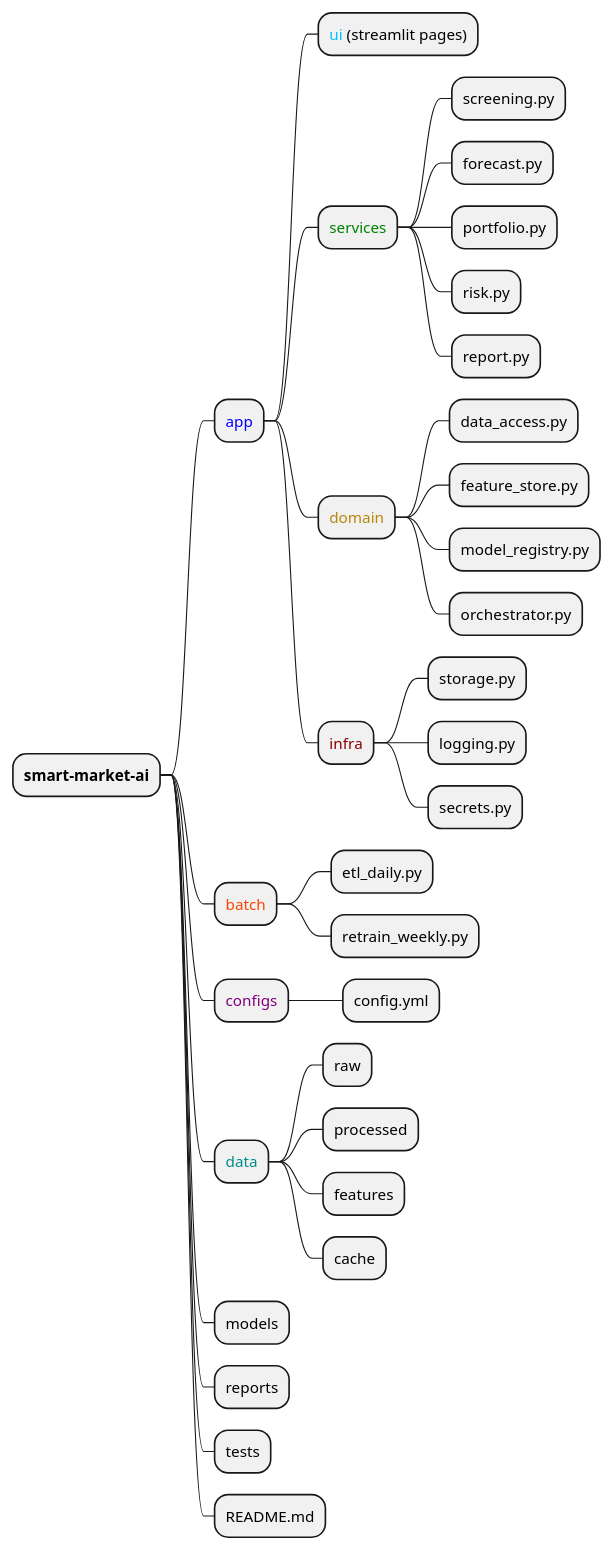
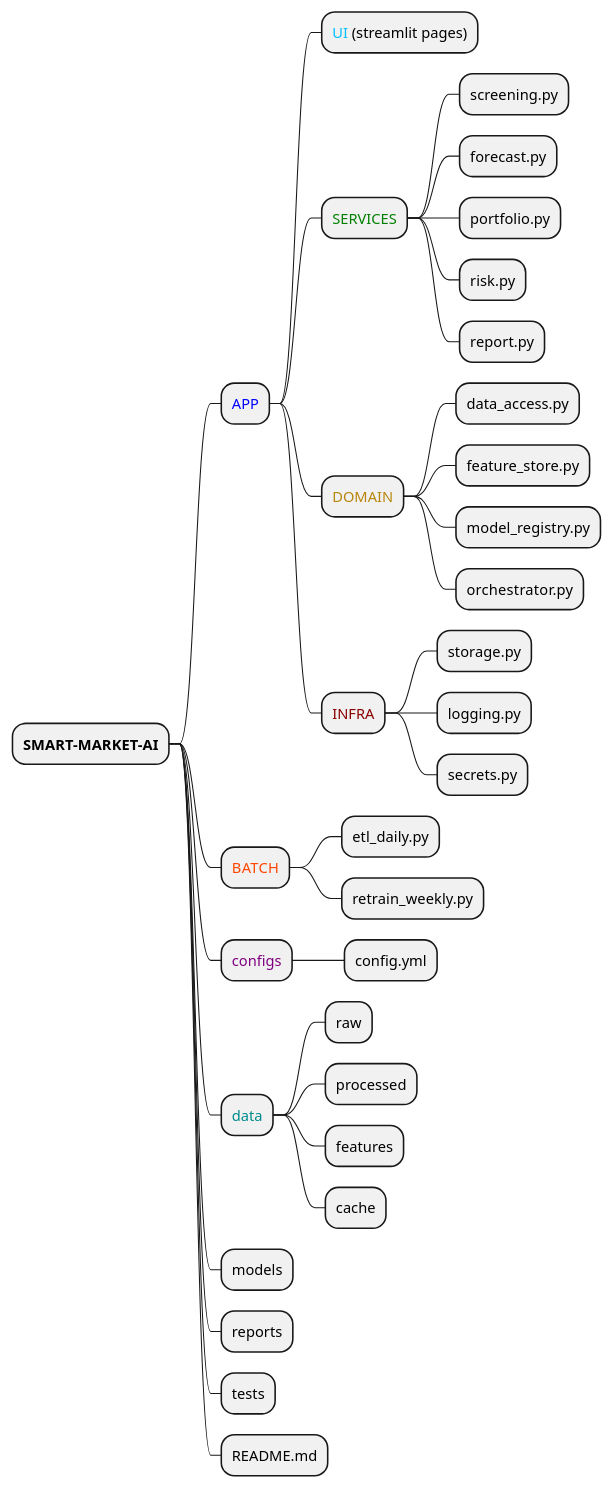
Before and after one commit to yuki-godzilla/Smart_Market_AI: the third of 3 diagrams in Documents/02.System_design.md, drawn with PlantUML.

Commit message:
little improvement

````diff
--- a/Documents/02.System_design.md
+++ b/Documents/02.System_design.md
@@ -276,37 +276,37 @@
 ```plantuml
 @startmindmap
-* <b><color:Black>smart-market-ai</color></b>
-** <color:Blue>app</color>
-*** <color:DeepSkyBlue>ui</color> (streamlit pages)
-*** <color:Green>services</color>
+* <b><color:Black>SMART-MARKET-AI</color></b>
+** <color:Blue>APP</color>
+*** <color:DeepSkyBlue>UI</color> (streamlit pages)
+*** <color:Green>SERVICES</color>
 **** screening.py
 **** forecast.py
 **** portfolio.py
 **** risk.py
 **** report.py
-*** <color:DarkGoldenRod>domain</color>
+*** <color:DarkGoldenRod>DOMAIN</color>
 **** data_access.py
 **** feature_store.py
 **** model_registry.py
 **** orchestrator.py
-*** <color:DarkRed>infra</color>
+*** <color:DarkRed>INFRA</color>
 **** storage.py
 **** logging.py
 **** secrets.py
-** <color:OrangeRed>batch</color>
+** <color:OrangeRed>BATCH</color>
 *** etl_daily.py
 *** retrain_weekly.py
 ** <color:Purple>configs</color>
 *** config.yml
 ** <color:DarkCyan>data</color>
 *** raw
 *** processed
 *** features
 *** cache
 ** models
 ** reports
 ** tests
 ** README.md
 scale 500 width
 @endmindmap
 ```
````
